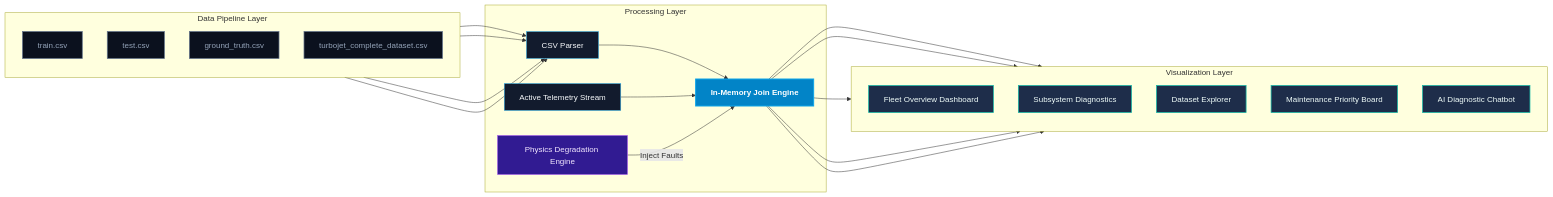
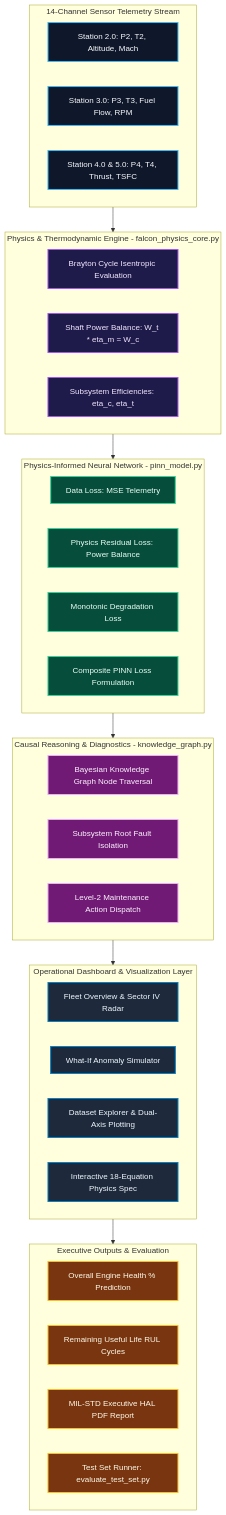
Before and after one commit to Manasvi-Gangrade/FALCON-Digital-Twin: the first of 2 diagrams in README.md, drawn with Mermaid. The commit also changed other lines of this file and 3 other files, not shown here.

````diff
--- a/README.md
+++ b/README.md
@@ -18,52 +32,55 @@
 ```mermaid
-flowchart LR
-    %% Style Definitions
-    classDef default fill:#121b2d,stroke:#38bdf8,stroke-width:1px,color:#f8fafc;
-    classDef file fill:#0b111e,stroke:#64748b,stroke-width:1.5px,color:#94a3b8;
-    classDef join fill:#0284c7,stroke:#0ea5e9,stroke-width:2px,color:#ffffff,font-weight:bold;
-    classDef ui fill:#1e2d4a,stroke:#14b8a6,stroke-width:1.5px,color:#f0fdfa;
-    classDef sim fill:#311b92,stroke:#a855f7,stroke-width:1px,color:#f3e8ff;
+flowchart TD
+    %% Styling Classes with High-Contrast Colors
+    classDef inputLayer fill:#0f172a,stroke:#38bdf8,stroke-width:2px,color:#f8fafc;
+    classDef physicsEngine fill:#1e1b4b,stroke:#a855f7,stroke-width:2px,color:#f3e8ff;
+    classDef pinnLayer fill:#064e3b,stroke:#34d399,stroke-width:2px,color:#ecfdf5;
+    classDef graphLayer fill:#701a75,stroke:#f0abfc,stroke-width:2px,color:#fdf4ff;
+    classDef uiLayer fill:#1e293b,stroke:#0284c7,stroke-width:2px,color:#f0f9ff;
+    classDef exportLayer fill:#78350f,stroke:#fbbf24,stroke-width:2px,color:#fffbeb;
 
-    %% Data Sources
-    subgraph Sources [Data Pipeline Layer]
-        direction TB
-        CSV_Train[train.csv]:::file
-        CSV_Test[test.csv]:::file
-        CSV_GT[ground_truth.csv]:::file
-        CSV_Comp[turbojet_complete_dataset.csv]:::file
+    subgraph Data [14-Channel Sensor Telemetry Stream]
+        S1[Station 2.0: P2, T2, Altitude, Mach]:::inputLayer
+        S2[Station 3.0: P3, T3, Fuel Flow, RPM]:::inputLayer
+        S3[Station 4.0 & 5.0: P4, T4, Thrust, TSFC]:::inputLayer
     end
 
-    %% Processing
-    subgraph Engine [Processing Layer]
-        Parser[CSV Parser]
-        Joiner[In-Memory Join Engine]:::join
-        Active[Active Telemetry Stream]
-        PhysicsSim[Physics Degradation Engine]:::sim
-        
-        Parser --> Joiner
-        Active --> Joiner
-        PhysicsSim -->|Inject Faults| Joiner
+    subgraph Core [Physics & Thermodynamic Engine - falcon_physics_core.py]
+        P1[Brayton Cycle Isentropic Evaluation]:::physicsEngine
+        P2[Shaft Power Balance: W_t * eta_m = W_c]:::physicsEngine
+        P3[Subsystem Efficiencies: eta_c, eta_t]:::physicsEngine
     end
 
-    %% Visualizers
-    subgraph UI [Visualization Layer]
-        direction TB
-        Overview[Fleet Overview Dashboard]:::ui
-        Diagnostics[Subsystem Diagnostics]:::ui
-        Explorer[Dataset Explorer]:::ui
-        Priority[Maintenance Priority Board]:::ui
-        Assistant[AI Diagnostic Chatbot]:::ui
+    subgraph PINN [Physics-Informed Neural Network - pinn_model.py]
+        N1[Data Loss: MSE Telemetry]:::pinnLayer
+        N2[Physics Residual Loss: Power Balance]:::pinnLayer
+        N3[Monotonic Degradation Loss]:::pinnLayer
+        N4[Composite PINN Loss Formulation]:::pinnLayer
     end
 
-    %% Connections
-    CSV_Train --> Parser
-    CSV_Test --> Parser
-    CSV_GT --> Parser
-    CSV_Comp --> Parser
+    subgraph Causal [Causal Reasoning & Diagnostics - knowledge_graph.py]
+        K1[Bayesian Knowledge Graph Node Traversal]:::graphLayer
+        K2[Subsystem Root Fault Isolation]:::graphLayer
+        K3[Level-2 Maintenance Action Dispatch]:::graphLayer
+    end
 
-    Joiner --> Overview
-    Joiner --> Diagnostics
-    Joiner --> Explorer
-    Joiner --> Priority
-    Joiner --> Assistant
+    subgraph UI [Operational Dashboard & Visualization Layer]
+        U1[Fleet Overview & Sector IV Radar]:::uiLayer
+        U2[What-If Anomaly Simulator]:::uiLayer
+        U3[Dataset Explorer & Dual-Axis Plotting]:::uiLayer
+        U4[Interactive 18-Equation Physics Spec]:::uiLayer
+    end
+
+    subgraph Output [Executive Outputs & Evaluation]
+        O1[Overall Engine Health % Prediction]:::exportLayer
+        O2[Remaining Useful Life RUL Cycles]:::exportLayer
+        O3[MIL-STD Executive HAL PDF Report]:::exportLayer
+        O4[Test Set Runner: evaluate_test_set.py]:::exportLayer
+    end
+
+    Data --> Core
+    Core --> PINN
+    PINN --> Causal
+    Causal --> UI
+    UI --> Output
 ```
````
